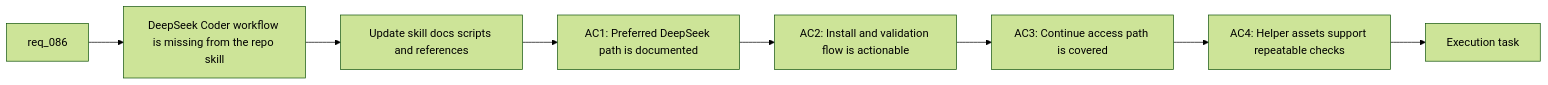
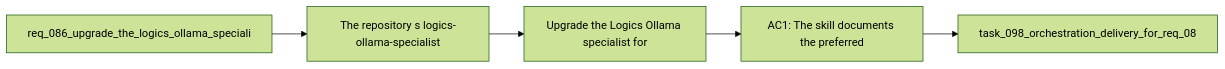
One commit to AlexAgo83/logics-manager changed the diagram in logics/backlog/item_135_upgrade_the_logics_ollama_specialist_for_deepseek_coder_v2_installation_setup_and_access.md. Above: the diagram before and after it, drawn with Mermaid (forest theme). The commit also changed other lines of this file and 481 other files, not shown here.

Commit message:
Normalize Logics docs and workflow indicators

````diff
--- a/logics/backlog/item_135_upgrade_the_logics_ollama_specialist_for_deepseek_coder_v2_installation_setup_and_access.md
+++ b/logics/backlog/item_135_upgrade_the_logics_ollama_specialist_for_deepseek_coder_v2_installation_setup_and_access.md
@@ -27,12 +27,9 @@
 ```mermaid
 %% logics-kind: backlog
 %% logics-signature: backlog|upgrade-the-logics-ollama-specialist-for|req-086-upgrade-the-logics-ollama-specia|the-repository-s-logics-ollama-specialis|ac1-the-skill-documents-the-preferred
 flowchart LR
-    Request[req_086] --> Problem[DeepSeek Coder workflow is missing from the repo skill]
-    Problem --> Scope[Update skill docs scripts and references]
-    Scope --> AC1[AC1: Preferred DeepSeek path is documented]
-    AC1 --> AC2[AC2: Install and validation flow is actionable]
-    AC2 --> AC3[AC3: Continue access path is covered]
-    AC3 --> AC4[AC4: Helper assets support repeatable checks]
-    AC4 --> Task[Execution task]
+    Request[req_086_upgrade_the_logics_ollama_speciali] --> Problem[The repository s logics-ollama-specialist]
+    Problem --> Scope[Upgrade the Logics Ollama specialist for]
+    Scope --> Acceptance[AC1: The skill documents the preferred]
+    Acceptance --> Tasks[task_098_orchestration_delivery_for_req_08]
 ```
````
